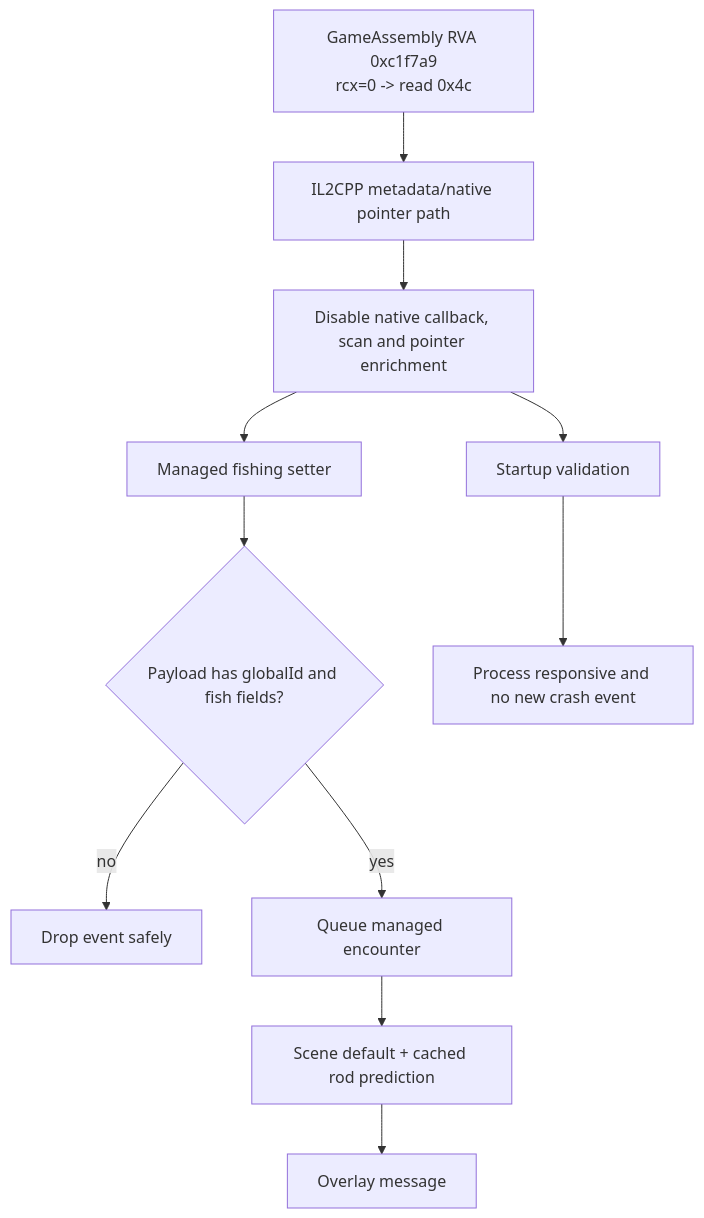
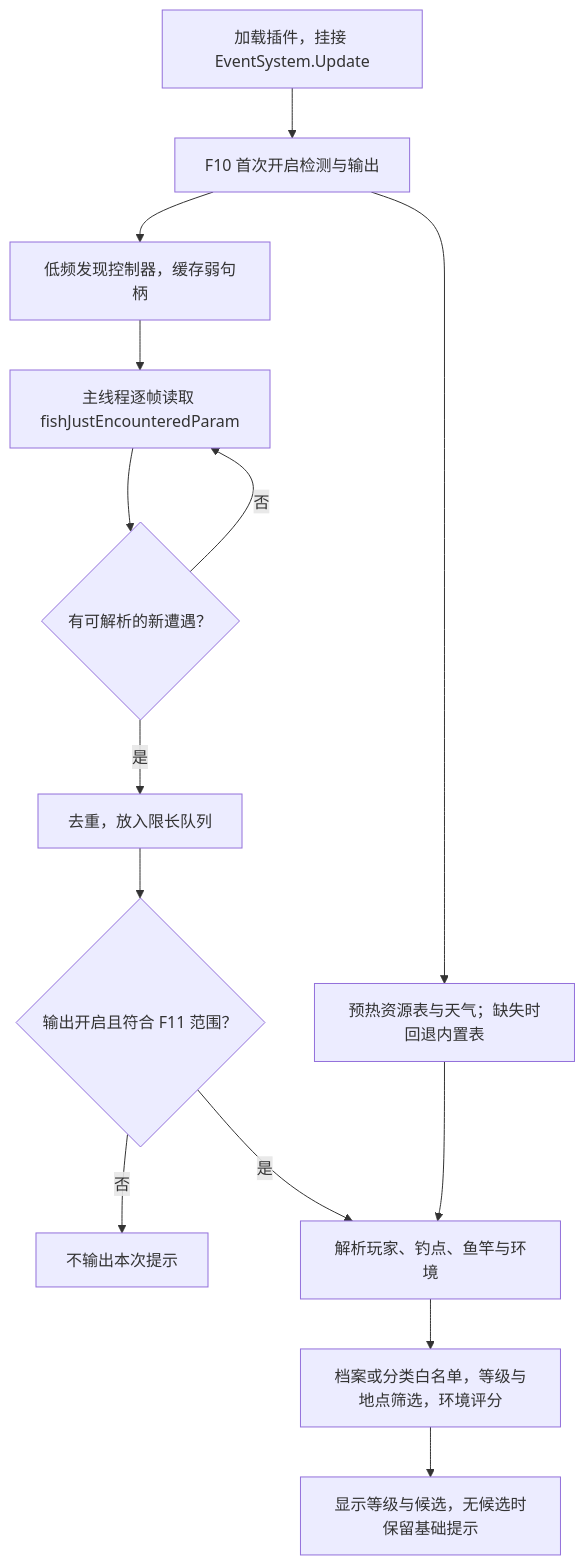
One commit to Ushiroyu/PA-Fish-Peek changed the diagram in docs/fishpeek-callflow.mmd. Above: the diagram before and after it, drawn with Mermaid. The commit also changed 12 other files, not shown here.

```diff
--- a/docs/fishpeek-callflow.mmd
+++ b/docs/fishpeek-callflow.mmd
@@ -1,11 +1,14 @@
 flowchart TD
-    crash["GameAssembly RVA 0xc1f7a9\nrcx=0 -> read 0x4c"] --> cause["IL2CPP metadata/native pointer path"]
-    cause --> gate["Disable native callback, scan and pointer enrichment"]
-    gate --> managed["Managed fishing setter"]
-    managed --> payload{"Payload has globalId and fish fields?"}
-    payload -- no --> drop["Drop event safely"]
-    payload -- yes --> queue["Queue managed encounter"]
-    queue --> predict["Scene default + cached rod prediction"]
-    predict --> overlay["Overlay message"]
-    gate --> launch["Startup validation"]
-    launch --> stable["Process responsive and no new crash event"]
+    load["加载插件，挂接 EventSystem.Update"] --> toggle["F10 首次开启检测与输出"]
+    toggle --> tables["预热资源表与天气；缺失时回退内置表"]
+    toggle --> discover["低频发现控制器，缓存弱句柄"]
+    discover --> poll["主线程逐帧读取 fishJustEncounteredParam"]
+    poll --> valid{"有可解析的新遭遇？"}
+    valid -- 否 --> poll
+    valid -- 是 --> queue["去重，放入限长队列"]
+    queue --> scope{"输出开启且符合 F11 范围？"}
+    scope -- 否 --> skip["不输出本次提示"]
+    scope -- 是 --> context["解析玩家、钓点、鱼竿与环境"]
+    tables --> context
+    context --> candidates["档案或分类白名单，等级与地点筛选，环境评分"]
+    candidates --> display["显示等级与候选，无候选时保留基础提示"]
```
